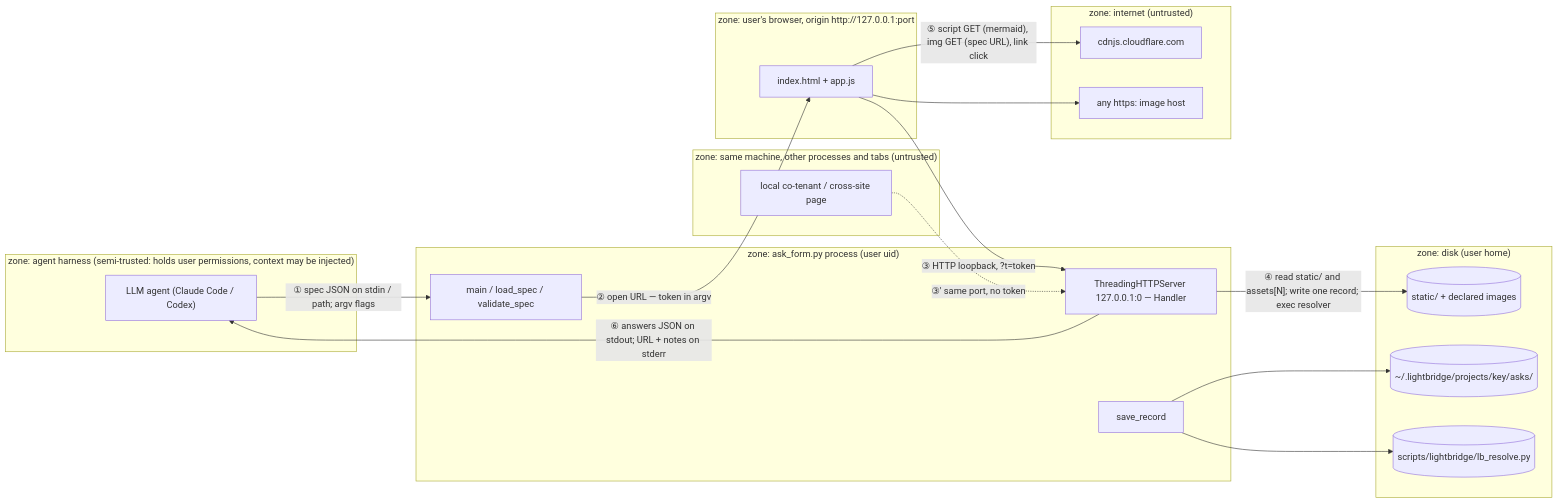
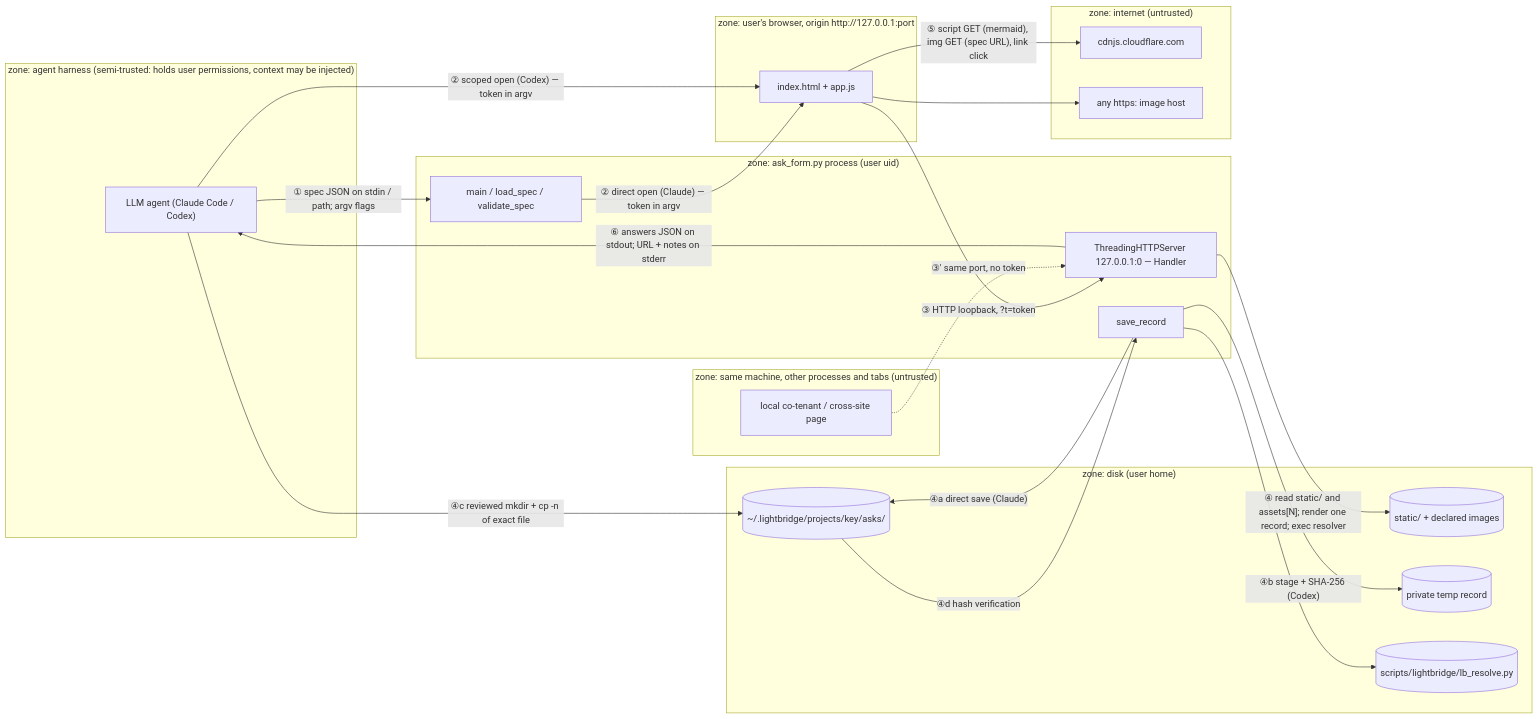
Before and after one commit to Lightbridge-KS/agent-stuff: the first of 2 diagrams in docs/ask-form/security-architecture.md, drawn with Mermaid. The commit also changed other lines of this file and 5 other files, not shown here.

````diff
--- a/docs/ask-form/security-architecture.md
+++ b/docs/ask-form/security-architecture.md
@@ -56,36 +56,41 @@
 ```mermaid
 flowchart LR
     subgraph z0["zone: agent harness (semi-trusted: holds user permissions, context may be injected)"]
         agent["LLM agent (Claude Code / Codex)"]
     end
     subgraph z1["zone: ask_form.py process (user uid)"]
         cli["main / load_spec / validate_spec"]
         srv["ThreadingHTTPServer 127.0.0.1:0 — Handler"]
         rec["save_record"]
     end
     subgraph z2["zone: user's browser, origin http://127.0.0.1:port"]
         page["index.html + app.js"]
     end
     subgraph z3["zone: same machine, other processes and tabs (untrusted)"]
         cot["local co-tenant / cross-site page"]
     end
     subgraph z4["zone: disk (user home)"]
         static[("static/ + declared images")]
+        staged[("private temp record")]
         asks[("~/.lightbridge/projects/key/asks/")]
         lb[("scripts/lightbridge/lb_resolve.py")]
     end
     subgraph z5["zone: internet (untrusted)"]
         cdn["cdnjs.cloudflare.com"]
         img["any https: image host"]
     end
     agent -- "① spec JSON on stdin / path; argv flags" --> cli
-    cli -- "② open URL — token in argv" --> page
+    cli -- "② direct open (Claude) — token in argv" --> page
+    agent -- "② scoped open (Codex) — token in argv" --> page
     page -- "③ HTTP loopback, ?t=token" --> srv
     cot -. "③′ same port, no token" .-> srv
-    srv -- "④ read static/ and assets[N]; write one record; exec resolver" --> static
-    rec --> asks
+    srv -- "④ read static/ and assets[N]; render one record; exec resolver" --> static
+    rec -- "④a direct save (Claude)" --> asks
+    rec -- "④b stage + SHA-256 (Codex)" --> staged
+    agent -- "④c reviewed mkdir + cp -n of exact file" --> asks
+    asks -- "④d hash verification" --> rec
     rec --> lb
     page -- "⑤ script GET (mermaid), img GET (spec URL), link click" --> cdn
     page --> img
     srv -- "⑥ answers JSON on stdout; URL + notes on stderr" --> agent
 ```
````
